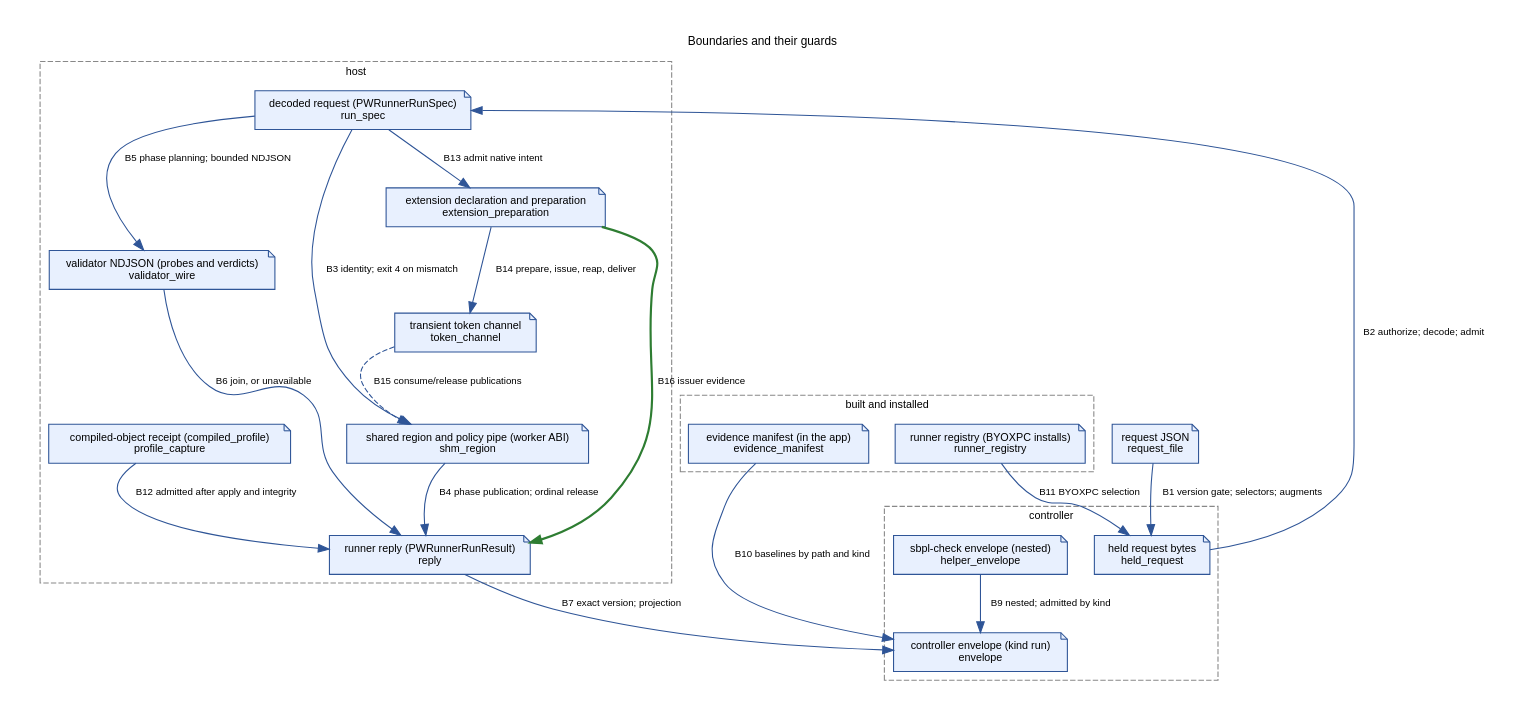
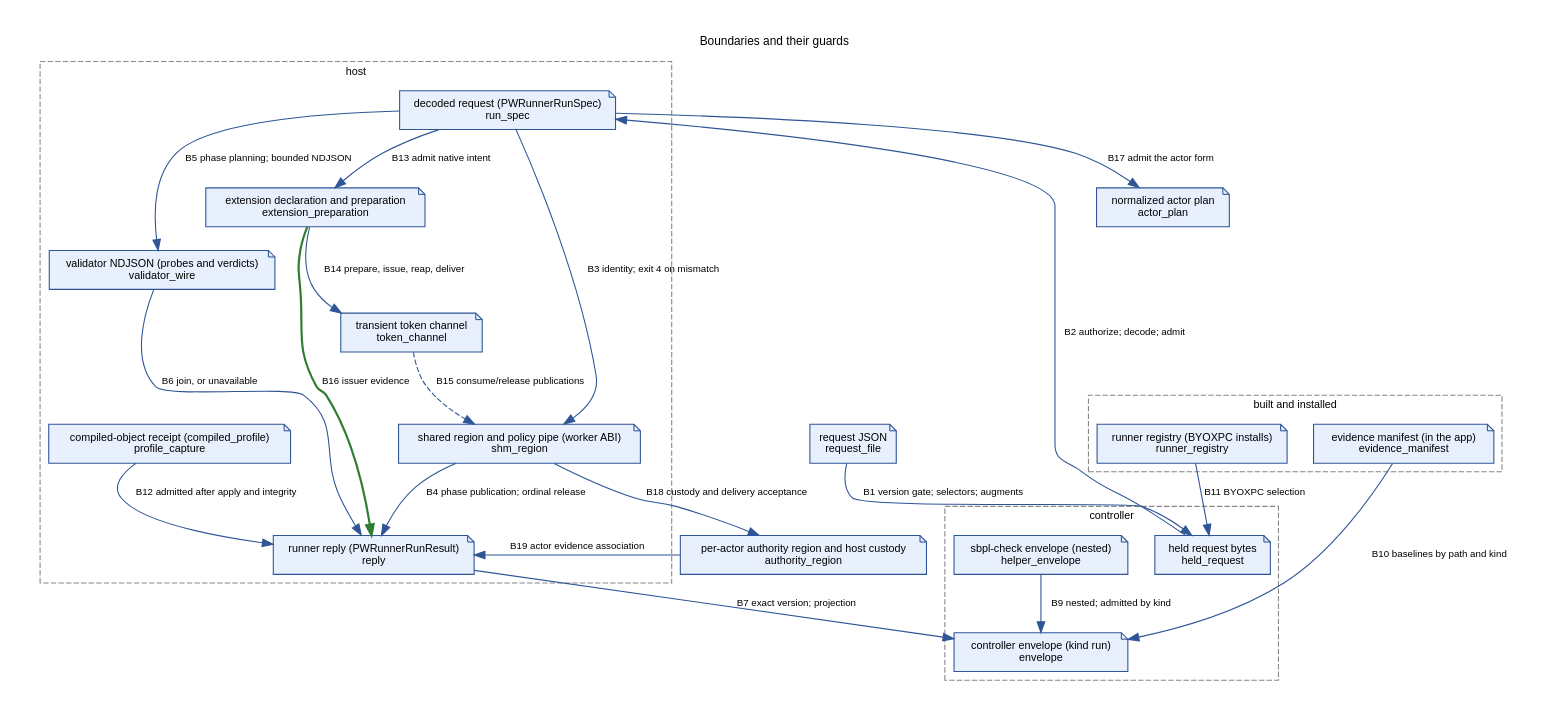
One commit to Protonk/PolicyWitness changed the diagram in docs/architecture-boundaries.dot. Above: the diagram before and after it, drawn with Graphviz. The commit also changed 140 other files, not shown here.

```diff
--- a/docs/architecture-boundaries.dot
+++ b/docs/architecture-boundaries.dot
@@ -1,54 +1,59 @@
 digraph boundaries {
     graph [rankdir=TB, bgcolor="white", fontname="Helvetica", fontsize=11, label="Boundaries and their guards", labelloc=t, pad=0.3, nodesep=0.35, ranksep=0.6];
     node [fontname="Helvetica", fontsize=10];
     edge [fontname="Helvetica", fontsize=9];
     subgraph cluster_controller_side {
         label="controller"; style=dashed; color="#888888"; fontsize=10;
         held_request;
         envelope;
         helper_envelope;
     }
     subgraph cluster_host_side {
         label="host"; style=dashed; color="#888888"; fontsize=10;
         run_spec;
         shm_region;
         validator_wire;
         reply;
         profile_capture;
         extension_preparation;
         token_channel;
     }
     subgraph cluster_installed {
         label="built and installed"; style=dashed; color="#888888"; fontsize=10;
         evidence_manifest;
         runner_registry;
     }
     request_file [shape="note", style="filled", fillcolor="#e8f0fe", color="#2f5597", label="request JSON\nrequest_file", URL="ARCHITECTURE.md#boundaries-and-their-guards-nodes", tooltip="request_file: request JSON | the caller; a JSON file naming the request schema "];
     held_request [shape="note", style="filled", fillcolor="#e8f0fe", color="#2f5597", label="held request bytes\nheld_request", URL="ARCHITECTURE.md#boundaries-and-their-guards-nodes", tooltip="held_request: held request bytes | the controller; one serialization; selectors stripped, augments spliced "];
     run_spec [shape="note", style="filled", fillcolor="#e8f0fe", color="#2f5597", label="decoded request (PWRunnerRunSpec)\nrun_spec", URL="ARCHITECTURE.md#boundaries-and-their-guards-nodes", tooltip="run_spec: decoded request (PWRunnerRunSpec) | the host; Codable with closed keys "];
     shm_region [shape="note", style="filled", fillcolor="#e8f0fe", color="#2f5597", label="shared region and policy pipe (worker ABI)\nshm_region", URL="ARCHITECTURE.md#boundaries-and-their-guards-nodes", tooltip="shm_region: shared region and policy pipe (worker ABI) | host writes inputs, worker writes outputs; fixed layout; magic at byte 0, source identity at byte 64 "];
     validator_wire [shape="note", style="filled", fillcolor="#e8f0fe", color="#2f5597", label="validator NDJSON (probes and verdicts)\nvalidator_wire", URL="ARCHITECTURE.md#boundaries-and-their-guards-nodes", tooltip="validator_wire: validator NDJSON (probes and verdicts) | host and validator, co-shipped in one bundle; bounded NDJSON; exact kind sb_api_validator_verdict and schema_version 1 "];
     reply [shape="note", style="filled", fillcolor="#e8f0fe", color="#2f5597", label="runner reply (PWRunnerRunResult)\nreply", URL="ARCHITECTURE.md#boundaries-and-their-guards-nodes", tooltip="reply: runner reply (PWRunnerRunResult) | the host; response schema; shape golden "];
     profile_capture [shape="note", style="filled", fillcolor="#e8f0fe", color="#2f5597", label="compiled-object receipt (compiled_profile)\nprofile_capture", URL="ARCHITECTURE.md#boundaries-and-their-guards-nodes", tooltip="profile_capture: compiled-object receipt (compiled_profile) | the worker, before apply; admitted by the host; opt-in copy of the compiled object with a nonce; CompiledProfileCapture names the worker producer and before_apply stage under its own schema_version "];
     envelope [shape="note", style="filled", fillcolor="#e8f0fe", color="#2f5597", label="controller envelope (kind run)\nenvelope", URL="ARCHITECTURE.md#boundaries-and-their-guards-nodes", tooltip="envelope: controller envelope (kind run) | the controller; envelope frame; shape golden "];
     helper_envelope [shape="note", style="filled", fillcolor="#e8f0fe", color="#2f5597", label="sbpl-check envelope (nested)\nhelper_envelope", URL="ARCHITECTURE.md#boundaries-and-their-guards-nodes", tooltip="helper_envelope: sbpl-check envelope (nested) | sbpl-check; envelope frame; kind sbpl_check "];
     evidence_manifest [shape="note", style="filled", fillcolor="#e8f0fe", color="#2f5597", label="evidence manifest (in the app)\nevidence_manifest", URL="ARCHITECTURE.md#boundaries-and-their-guards-nodes", tooltip="evidence_manifest: evidence manifest (in the app) | the build; hashes and entitlements of every shipped binary; its own schema_version (EVIDENCE_SCHEMA_VERSION) "];
     runner_registry [shape="note", style="filled", fillcolor="#e8f0fe", color="#2f5597", label="runner registry (BYOXPC installs)\nrunner_registry", URL="ARCHITECTURE.md#boundaries-and-their-guards-nodes", tooltip="runner_registry: runner registry (BYOXPC installs) | the runner commands; additive-field loader; retired kind aliases kept for recovery; its own schema_version (RUNNER_REGISTRY_SCHEMA_VERSION) "];
     extension_preparation [shape="note", style="filled", fillcolor="#e8f0fe", color="#2f5597", label="extension declaration and preparation\nextension_preparation", URL="ARCHITECTURE.md#boundaries-and-their-guards-nodes", tooltip="extension_preparation: extension declaration and preparation | host; submitted references and paths remain distinct from observations; bounded references, realpath result and metadata before issuer launch "];
     token_channel [shape="note", style="filled", fillcolor="#e8f0fe", color="#2f5597", label="transient token channel\ntoken_channel", URL="ARCHITECTURE.md#boundaries-and-their-guards-nodes", tooltip="token_channel: transient token channel | host owns mapping; issuer writes token/publication; worker consumes and erases; separate bounded shared mapping; inherited descriptors closed after mapping; never retained JSON "];
+    actor_plan [shape="note", style="filled", fillcolor="#e8f0fe", color="#2f5597", label="normalized actor plan\nactor_plan", URL="ARCHITECTURE.md#boundaries-and-their-guards-nodes", tooltip="actor_plan: normalized actor plan | host normalization before any process work; shared by public admission, direct XPC and the scheduler; actors, phases with actor and visit, tokens, deliveries and handles by reference with owners, producers and last uses "];
+    authority_region [shape="note", style="filled", fillcolor="#e8f0fe", color="#2f5597", label="per-actor authority region and host custody\nauthority_region", URL="ARCHITECTURE.md#boundaries-and-their-guards-nodes", tooltip="authority_region: per-actor authority region and host custody | host creates, unlinks and maps each region; the actor maps its inherited descriptor; custody buffers are host-only; one outbound slot and one inbound slot per admitted delivery; fixed headers with family, writer, indexes, length, commit and acknowledgement words; never retained JSON "];
     request_file -> held_request [style="solid", color="#2f5597", label="B1 version gate; selectors; augments", URL="ARCHITECTURE.md#boundaries-and-their-guards-edges", tooltip="B1: request version gate; selector parse; augment resolution |  "];
     held_request -> run_spec [style="solid", color="#2f5597", label="B2 authorize; decode; admit", URL="ARCHITECTURE.md#boundaries-and-their-guards-edges", tooltip="B2: caller authorization; closed-key decode; capacity, then meaning; policy hash |  "];
     run_spec -> shm_region [style="solid", color="#2f5597", label="B3 identity; exit 4 on mismatch", URL="ARCHITECTURE.md#boundaries-and-their-guards-edges", tooltip="B3: host writes identity, counts, phase partitions, the expected policy length and slots; worker refuses mismatched identity, invalid partition, an expectation the source buffer cannot hold, or an unusable timebase or allowance before any policy byte |  "];
     shm_region -> reply [style="solid", color="#2f5597", label="B4 phase publication; ordinal release", URL="ARCHITECTURE.md#boundaries-and-their-guards-edges", tooltip="B4: per-phase release/acquire publication; exact ordinal before actions after a validated continuous-time decision; disposition from raw facts; collection status agrees with validator observations; native result publication and fresh-read consistency before claims |  Terminal publication erases accepted token storage, releases done and exits. The host retains its mapping and reconciles acknowledgement after confirmed reap only while ownership through acknowledgement remains established, including abnormal exit without done. Poll stop, deadline and disposition remain independent."];
     run_spec -> validator_wire [style="solid", color="#2f5597", label="B5 phase planning; bounded NDJSON", URL="ARCHITECTURE.md#boundaries-and-their-guards-edges", tooltip="B5: fresh phase planning; bounded strict NDJSON decode; unique step association within the phase |  "];
     validator_wire -> reply [style="solid", color="#2f5597", label="B6 join, or unavailable", URL="ARCHITECTURE.md#boundaries-and-their-guards-edges", tooltip="B6: verdict joined only to its phase and step, or explicit unavailable prediction |  "];
     reply -> envelope [style="solid", color="#2f5597", label="B7 exact version; projection", URL="ARCHITECTURE.md#boundaries-and-their-guards-edges", tooltip="B7: exact response version; disposition validated and projected; reply retained unread when refused |  "];
     helper_envelope -> envelope [style="solid", color="#2f5597", label="B9 nested; admitted by kind", URL="ARCHITECTURE.md#boundaries-and-their-guards-edges", tooltip="B9: nested unchanged; admitted by kind and frame version |  "];
     evidence_manifest -> envelope [style="solid", color="#2f5597", label="B10 baselines by path and kind", URL="ARCHITECTURE.md#boundaries-and-their-guards-edges", tooltip="B10: dossier compares selected binaries with manifest baselines; lookup by exact path and kind |  "];
     runner_registry -> held_request [style="solid", color="#2f5597", label="B11 BYOXPC selection", URL="ARCHITECTURE.md#boundaries-and-their-guards-edges", tooltip="B11: selection resolves a BYOXPC target; selector fields stripped before XPC |  "];
     profile_capture -> reply [style="solid", color="#2f5597", label="B12 admitted after apply and integrity", URL="ARCHITECTURE.md#boundaries-and-their-guards-edges", tooltip="B12: admitted only after successful application, worker completion, PID, nonce, input identity and payload integrity checks |  "];
     run_spec -> extension_preparation [style="solid", color="#2f5597", label="B13 admit native intent", URL="ARCHITECTURE.md#boundaries-and-their-guards-edges", tooltip="B13: explicit phases, declaration/action caps, reference order and exec exclusion before preparation |  Declaration count 1 item; consume count 1 item; release count 1 item; references 63 UTF-8 bytes; target 1,023 UTF-8 bytes."];
     extension_preparation -> token_channel [style="solid", color="#2f5597", label="B14 prepare, issue, reap, deliver", URL="ARCHITECTURE.md#boundaries-and-their-guards-edges", tooltip="B14: resolved target and metadata before native issuance; clean issuer reap and bounded publication before worker delivery |  "];
     token_channel -> shm_region [style="dashed", color="#2f5597", label="B15 consume/release publications", URL="ARCHITECTURE.md#boundaries-and-their-guards-edges", tooltip="B15: worker receives transient token separately; publishes delivery and ordered consume/release facts in evidence slots |  Accepted token storage is erased on ordinary departures and before done; erasure does not invoke native release. Fatal interruption need not reach worker cleanup. Host erasure is a separate observation."];
     extension_preparation -> reply [style="bold", color="#2e7d32", label="B16 issuer evidence", URL="ARCHITECTURE.md#boundaries-and-their-guards-edges", tooltip="B16: preparation, authority and native issuer/cleanup observations without token bytes |  "];
+    run_spec -> actor_plan [style="solid", color="#2f5597", label="B17 admit the actor form", URL="ARCHITECTURE.md#boundaries-and-their-guards-edges", tooltip="B17: closed actor and sandbox objects, phases naming declared actors, single-assignment references used after their producers by their owners, and the per-actor exec exclusion |  Actors 8 items; phases 16 items; issues 32 items; deliveries 64 items; handles 64 items; releases 64 items; identifiers 63 UTF-8 bytes; issue target 1,023 UTF-8 bytes."];
+    shm_region -> authority_region [style="solid", color="#2f5597", label="B18 custody and delivery acceptance", URL="ARCHITECTURE.md#boundaries-and-their-guards-edges", tooltip="B18: an outbound token enters custody only with the expected framing, writer, action and token indexes, and only while the writer still stands behind it; a delivery is credited only when the recipient's accepted bytes equal the custody copy |  "];
+    authority_region -> reply [style="solid", color="#2f5597", label="B19 actor evidence association", URL="ARCHITECTURE.md#boundaries-and-their-guards-edges", tooltip="B19: every actor event names its actor and one of that actor's phases, references resolve to their owners in the resource tables, transfers carry no native result, and nothing is credited without the actor's declared or applied setup and its phase's acknowledged release |  "];
 }
```
